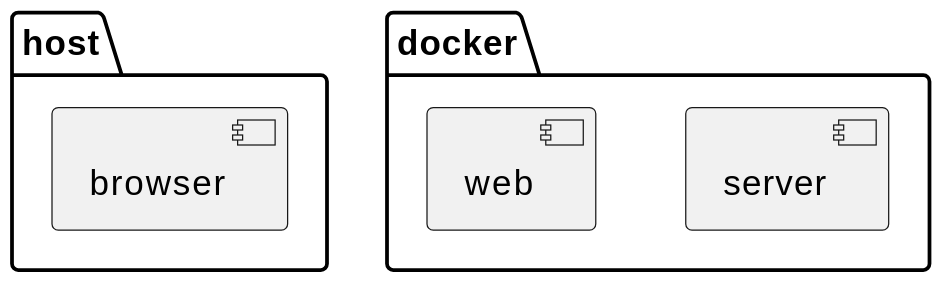
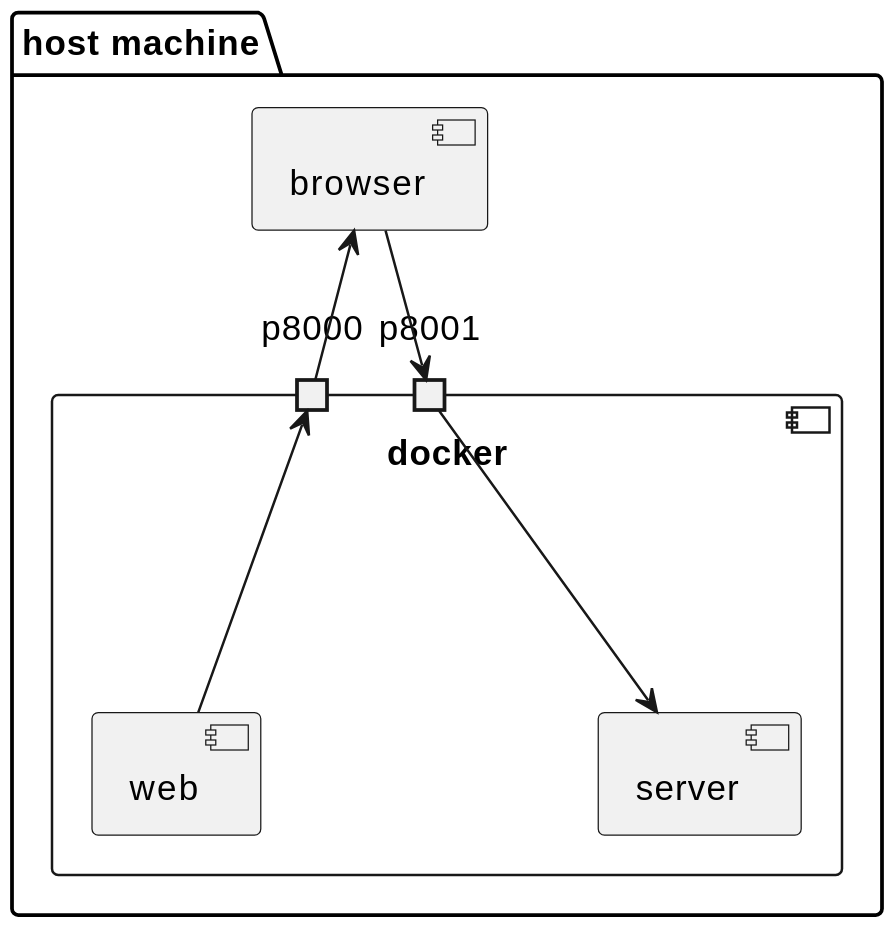
One commit to kokhoui83/practical-docker-101-workshop changed the diagram in README.md. Above: the diagram before and after it, drawn with PlantUML.

Commit message:
update uml diagram of architechture

````diff
--- a/README.md
+++ b/README.md
@@ -15,12 +15,21 @@
 ```plantuml
 @startuml
 scale 2
-package "host" {
+package "host machine" {
     [browser]
+
+    component "docker" {
+        port p8000
+        port p8001
+        [server]
+        [web]
+    }
 }
-package "docker" {
-    [server]
-    [web]
-}
+
+
+browser <-- p8000
+p8000 <--- web
+browser --> p8001
+p8001 --> server
 @enduml
 ```
````
